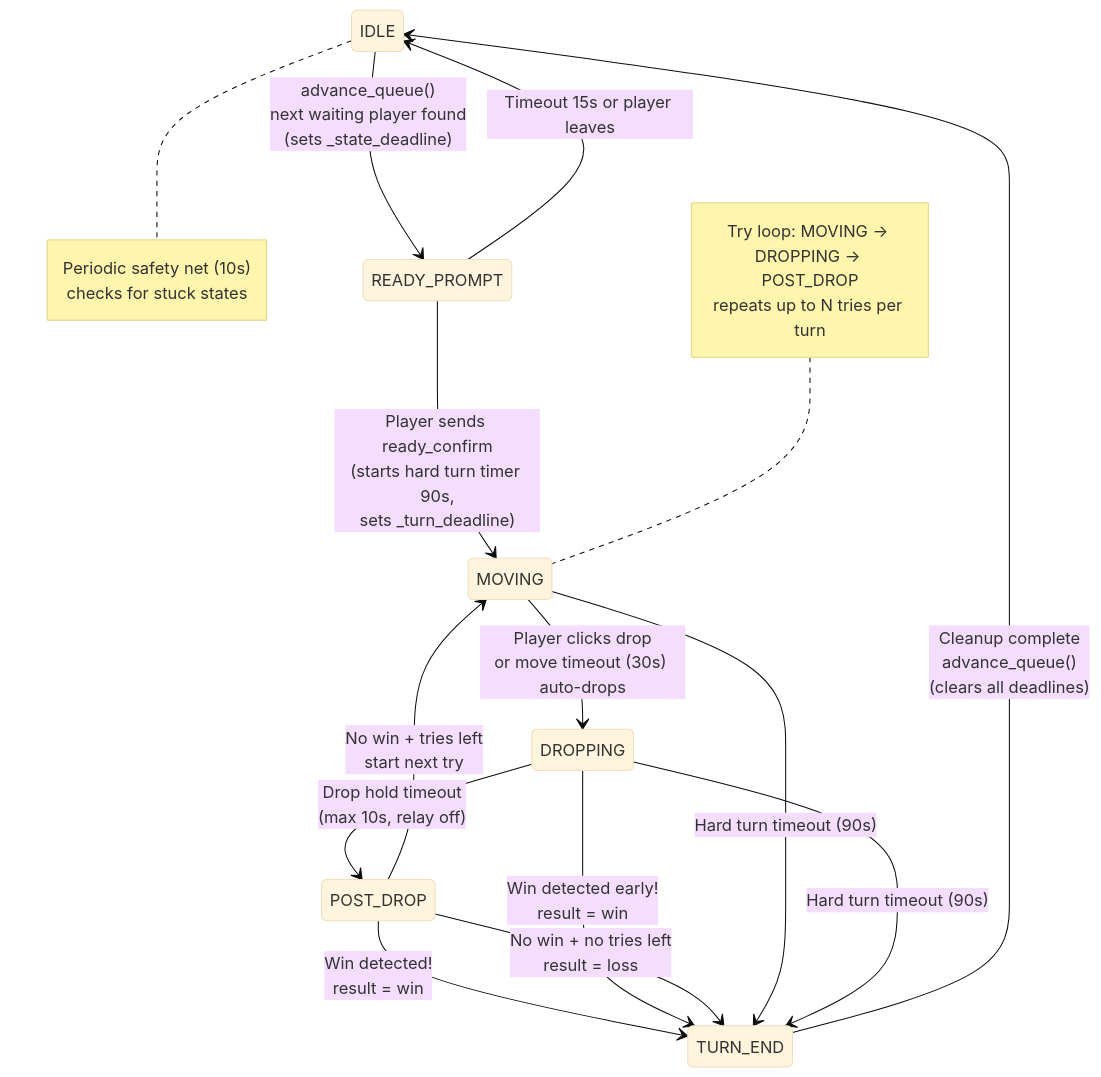
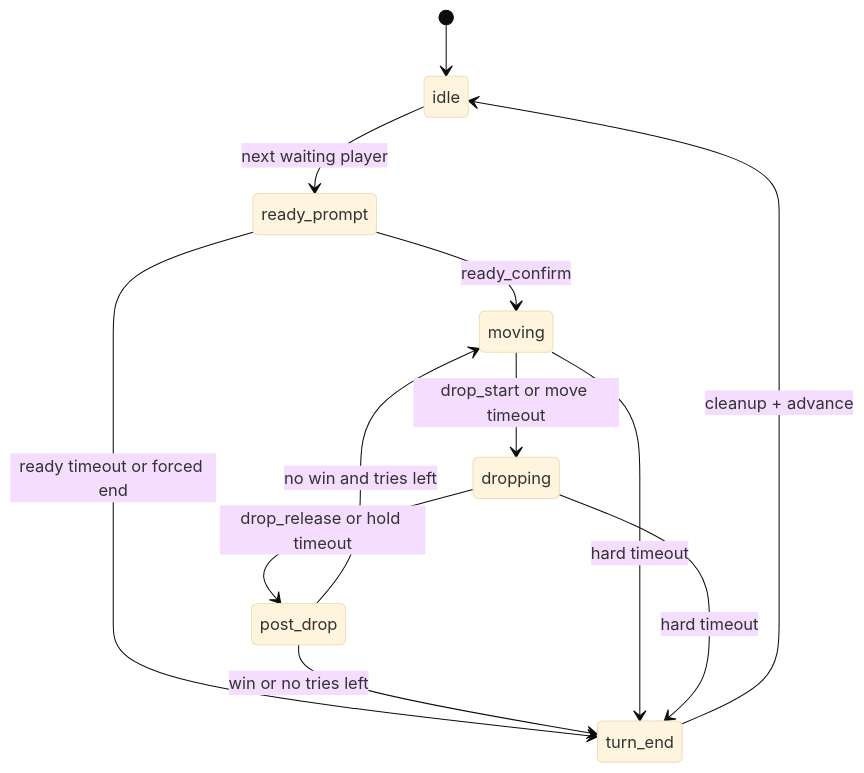
One commit to morroware/ECLAW changed the third of 4 diagrams in docs/queue-flow.md. Above: the diagram before and after it, drawn with Mermaid (base theme). The commit also changed other lines of this file and 3 other files, not shown here.

Commit message:
docs: fix mermaid diagram syntax for github rendering

````diff
--- a/docs/queue-flow.md
+++ b/docs/queue-flow.md
@@ -150,30 +67,19 @@
 ```mermaid
 stateDiagram-v2
-    direction TB
+    [*] --> idle
+    idle --> ready_prompt: next waiting player
 
-    IDLE --> READY_PROMPT : advance_queue()<br/>next waiting player found<br/>(sets _state_deadline)
+    ready_prompt --> moving: ready_confirm
+    ready_prompt --> turn_end: ready timeout or forced end
 
-    READY_PROMPT --> MOVING : Player sends ready_confirm<br/>(starts hard turn timer 90s,<br/>sets _turn_deadline)
-    READY_PROMPT --> IDLE : Timeout 15s or player leaves
+    moving --> dropping: drop_start or move timeout
+    dropping --> post_drop: drop_release or hold timeout
 
-    MOVING --> DROPPING : Player clicks drop<br/>or move timeout (30s) auto-drops
-    DROPPING --> POST_DROP : Drop hold timeout<br/>(max 10s, relay off)
-    POST_DROP --> MOVING : No win + tries left<br/>start next try
+    post_drop --> moving: no win and tries left
+    post_drop --> turn_end: win or no tries left
 
-    POST_DROP --> TURN_END : Win detected!<br/>result = win
-    DROPPING --> TURN_END : Win detected early!<br/>result = win
-    POST_DROP --> TURN_END : No win + no tries left<br/>result = loss
-    MOVING --> TURN_END : Hard turn timeout (90s)
-    DROPPING --> TURN_END : Hard turn timeout (90s)
+    moving --> turn_end: hard timeout
+    dropping --> turn_end: hard timeout
 
-    TURN_END --> IDLE : Cleanup complete<br/>advance_queue()<br/>(clears all deadlines)
-
-    note right of IDLE
-        Periodic safety net (10s)
-        checks for stuck states
-    end note
-    note left of MOVING
-        Try loop: MOVING → DROPPING → POST_DROP
-        repeats up to N tries per turn
-    end note
+    turn_end --> idle: cleanup + advance
 ```
````
